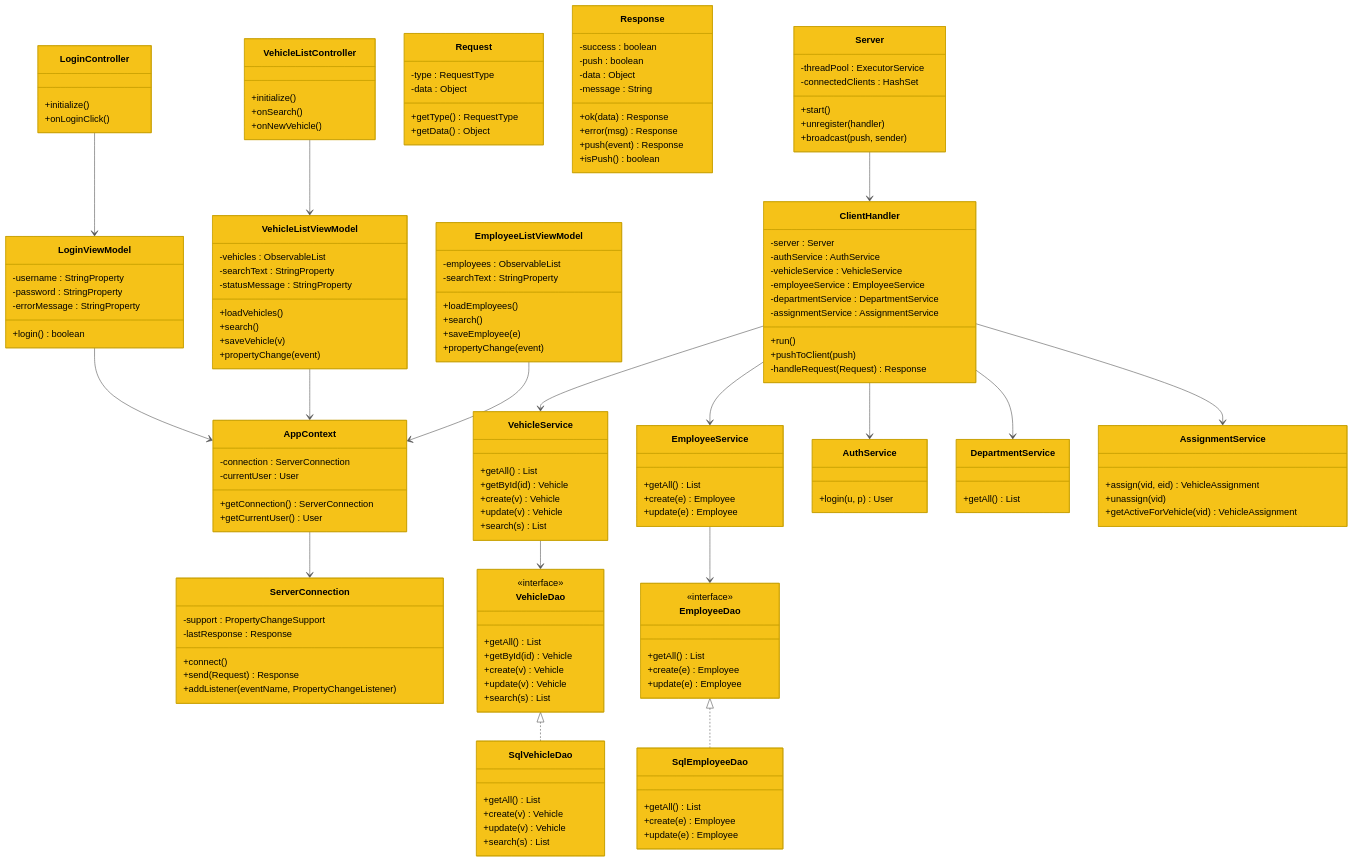
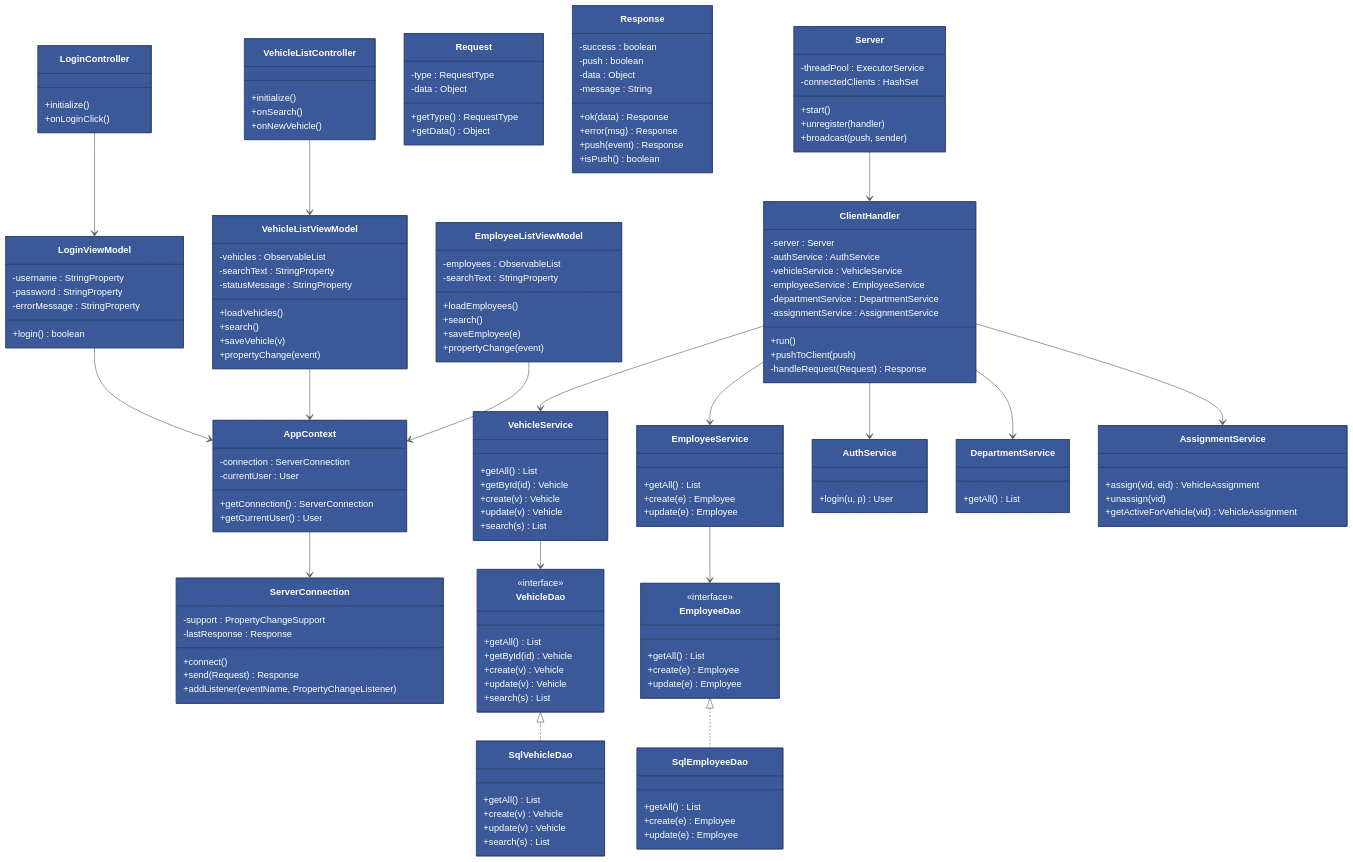
One commit to JenosanJudes/FleetManager_SEP2 changed the diagram in diagrams/class_diagram.md. Above: the diagram before and after it, drawn with Mermaid. The commit also changed 6 other files, not shown here.

````diff
--- a/diagrams/class_diagram.md
+++ b/diagrams/class_diagram.md
@@ -5,5 +5,5 @@
 ```mermaid
-%%{init: {'theme': 'base', 'themeVariables': {'primaryColor': '#f5c218', 'primaryTextColor': '#000', 'primaryBorderColor': '#c8a000', 'lineColor': '#555', 'secondaryColor': '#fffde7', 'tertiaryColor': '#fff9e6'}}}%%
+%%{init: {'theme': 'base', 'themeVariables': {'primaryColor': '#3B5998', 'primaryTextColor': '#fff', 'primaryBorderColor': '#2C4170', 'lineColor': '#555', 'secondaryColor': '#E8EEF7', 'tertiaryColor': '#F5F7FB'}}}%%
 classDiagram
     direction TB
 
````
